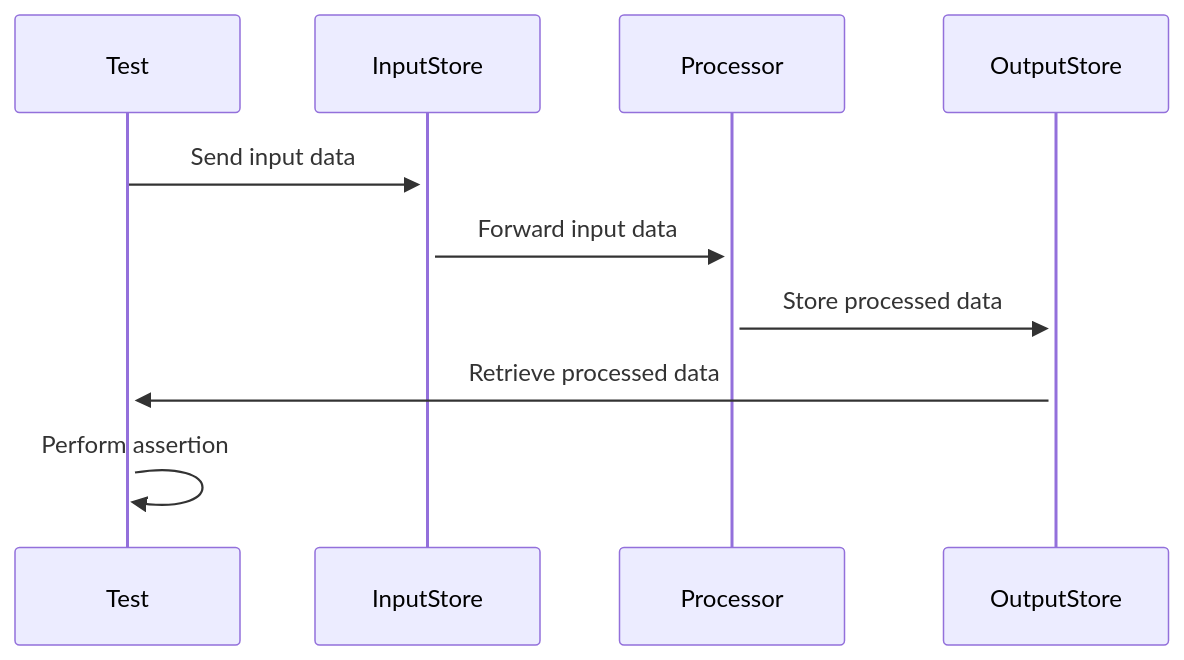
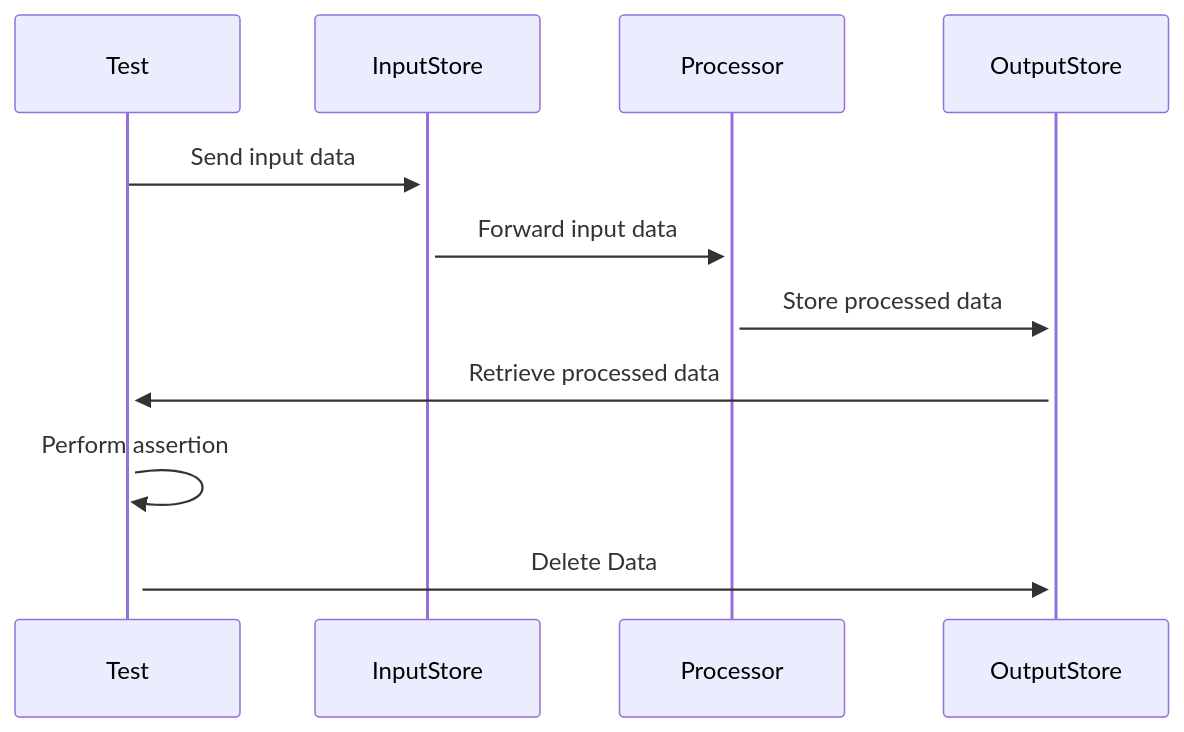
One commit to jonashdown/Blog changed the second of 3 diagrams in articles/how_to_guarantee_race_condtions_in_int_testing.md. Above: the diagram before and after it, drawn with Mermaid. The commit also changed other lines of this file and 5 other files, not shown here.

````diff
--- a/articles/how_to_guarantee_race_condtions_in_int_testing.md
+++ b/articles/how_to_guarantee_race_condtions_in_int_testing.md
@@ -22,8 +30,9 @@
 ```mermaid
 sequenceDiagram
   Test->>+InputStore: Send input data
   InputStore->>+Processor: Forward input data
   Processor->>+OutputStore: Store processed data
   OutputStore->>+Test: Retrieve processed data
   Test->>+Test: Perform assertion
+  Test->>+OutputStore: Delete Data
 ```
````
